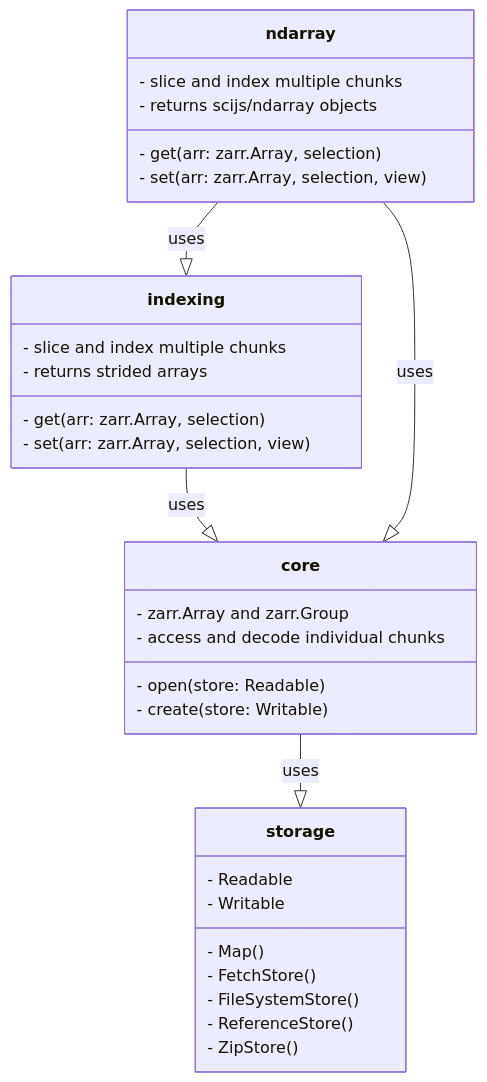
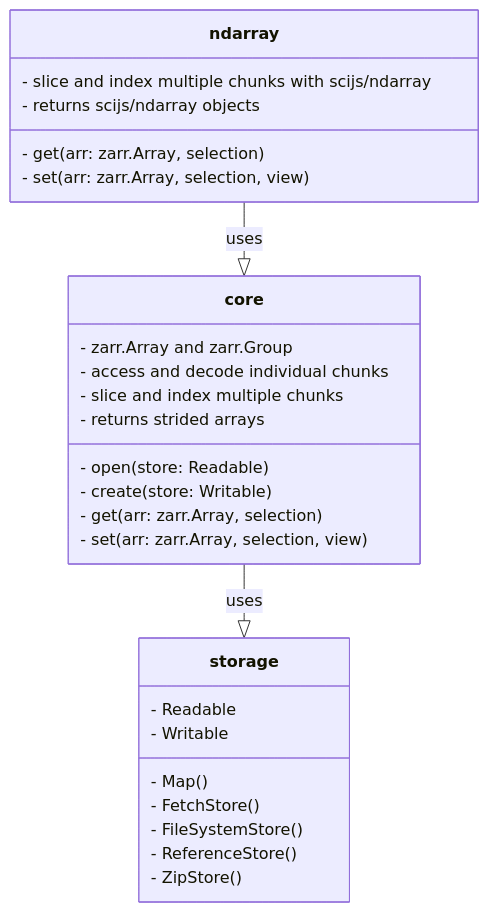
The diagram in README.md (manzt/zarrita.js), drawn with Mermaid before and after one commit. The commit also changed 9 other files, not shown here.

````diff
--- a/README.md
+++ b/README.md
@@ -65,38 +65,33 @@
 ```mermaid
 classDiagram
-    indexing --|> core : uses
-    ndarray --|> indexing : uses
     ndarray --|> core : uses
     core --|> storage : uses
-
-    class indexing {
-        - get(arr: zarr.Array, selection)
-        - set(arr: zarr.Array, selection, view)
-        - slice and index multiple chunks
-        - returns strided arrays
-    }
 
     class ndarray {
         - get(arr: zarr.Array, selection)
         - set(arr: zarr.Array,  selection, view)
-        - slice and index multiple chunks
+        - slice and index multiple chunks with scijs/ndarray
         - returns scijs/ndarray objects
     }
 
     class core {
         - open(store: Readable)
         - create(store: Writable)
+        - get(arr: zarr.Array, selection)
+        - set(arr: zarr.Array, selection, view)
         - zarr.Array and zarr.Group
         - access and decode individual chunks
+        - slice and index multiple chunks
+        - returns strided arrays
     }
 
     class storage {
         - Readable
         - Writable
         - Map()
         - FetchStore()
         - FileSystemStore()
         - ReferenceStore()
         - ZipStore()
     }
 ```
````
